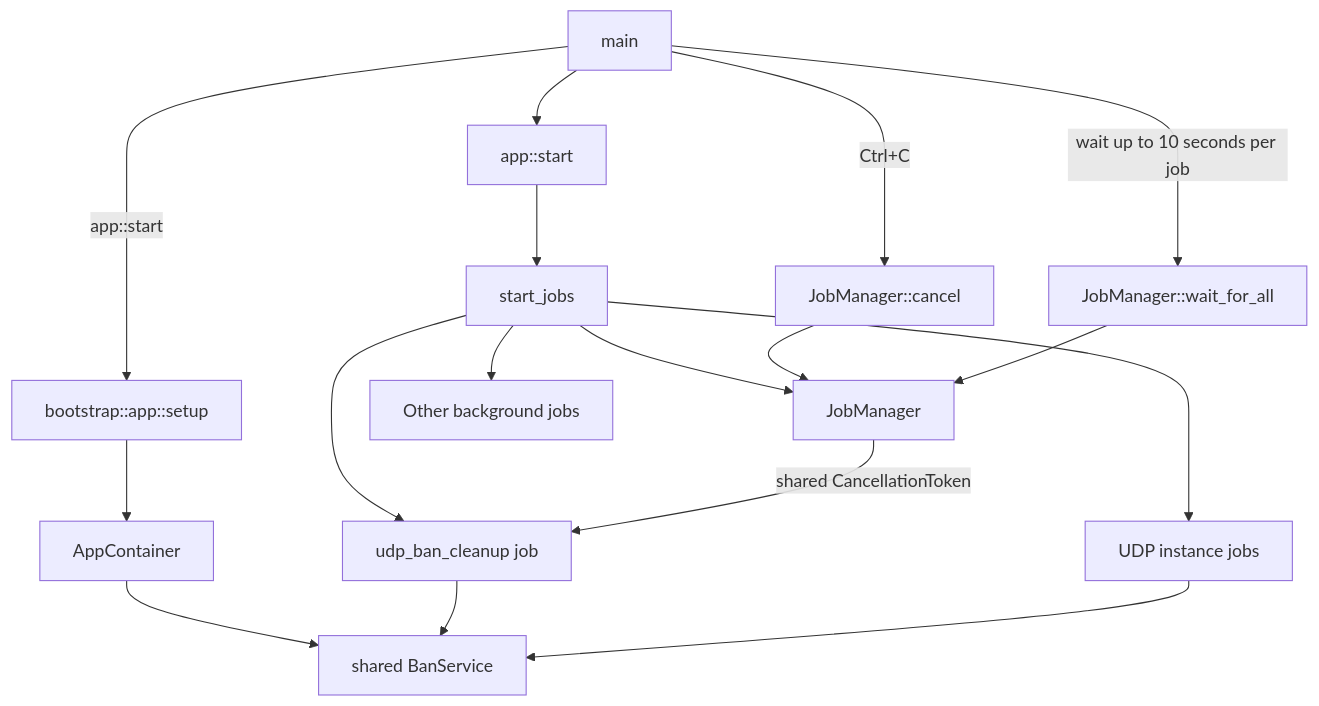
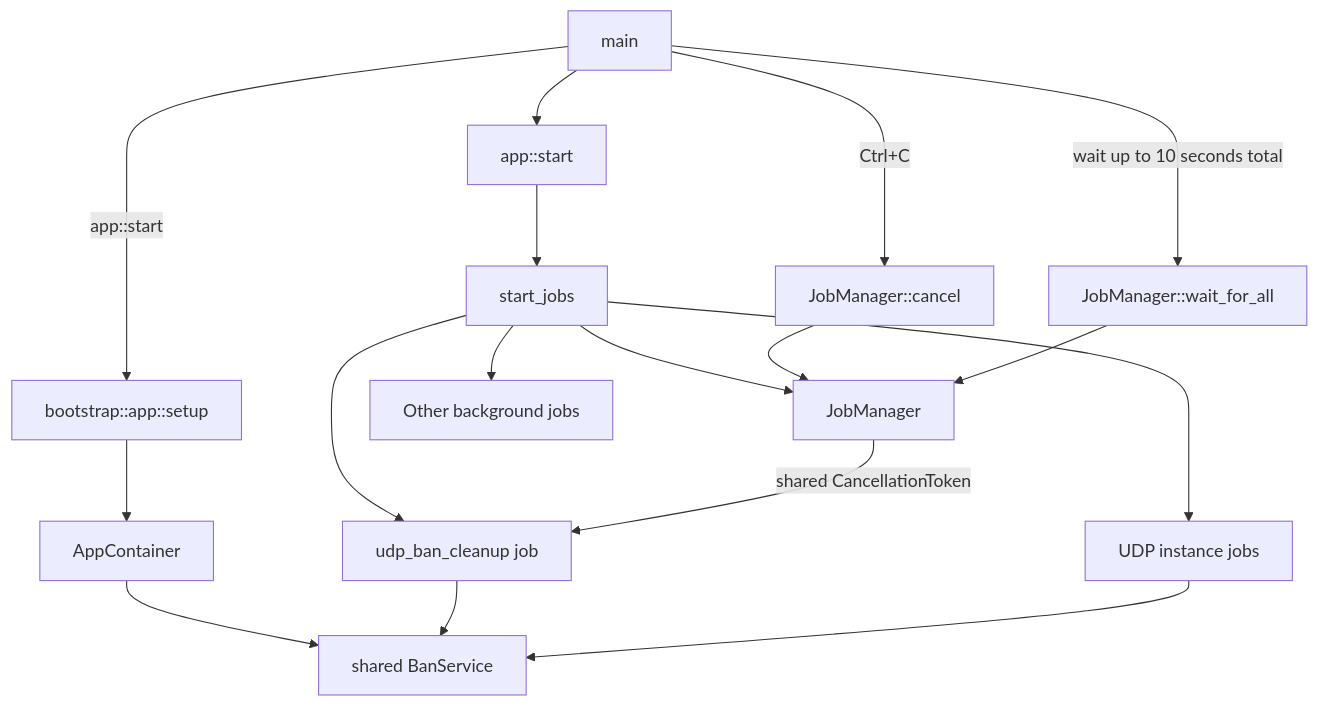
Before and after one commit to torrust/torrust-tracker: the diagram in docs/application-jobs.md, drawn with Mermaid. The commit also changed other lines of this file and 28 other files, not shown here.

````diff
--- a/docs/application-jobs.md
+++ b/docs/application-jobs.md
@@ -54,19 +56,19 @@
 ```mermaid
 flowchart TD
     Main[main] -->|app::start| Setup[bootstrap::app::setup]
     Setup --> Container[AppContainer]
     Main --> Start[app::start]
     Start --> Jobs[start_jobs]
     Jobs --> Manager[JobManager]
     Jobs --> BanCleanup[udp_ban_cleanup job]
     Jobs --> UdpInstances[UDP instance jobs]
     Jobs --> OtherJobs[Other background jobs]
     Container --> SharedBan[shared BanService]
     BanCleanup --> SharedBan
     UdpInstances --> SharedBan
     Main -->|Ctrl+C| Cancel[JobManager::cancel]
     Cancel --> Manager
     Manager -->|shared CancellationToken| BanCleanup
-    Main -->|wait up to 10 seconds per job| Wait[JobManager::wait_for_all]
+    Main -->|wait up to 10 seconds total| Wait[JobManager::wait_for_all]
     Wait --> Manager
 ```
````
